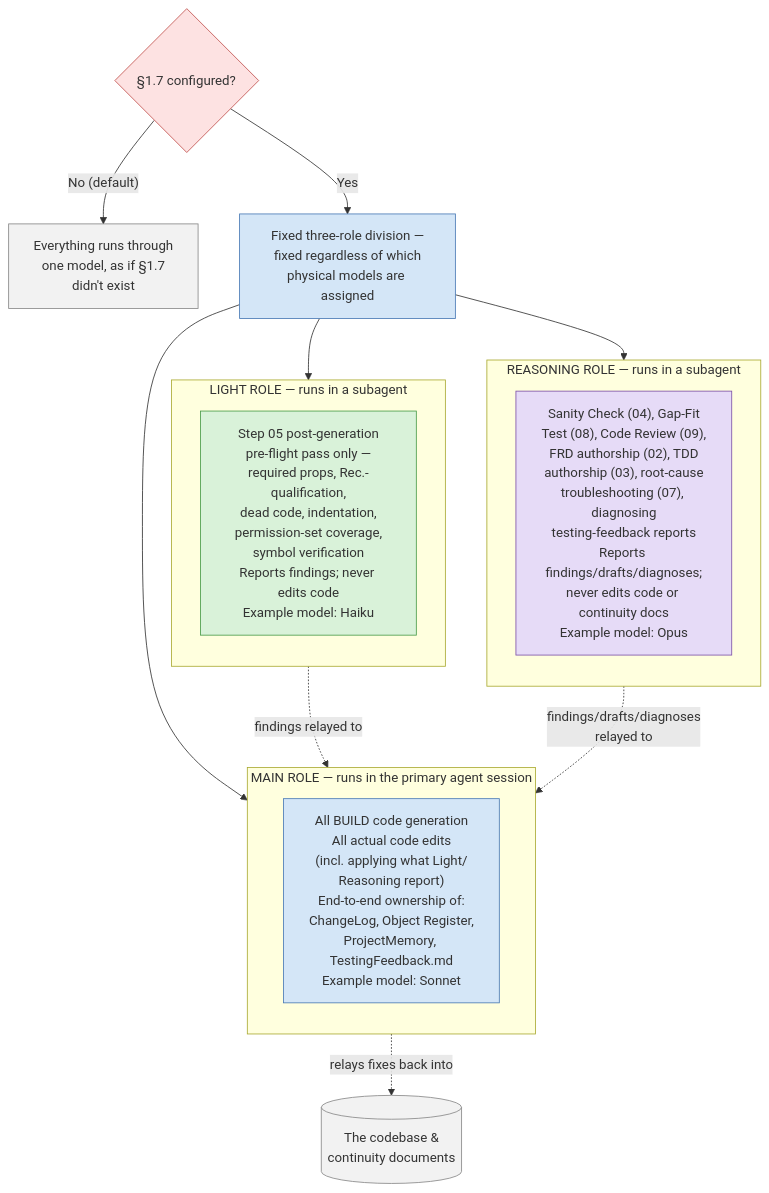
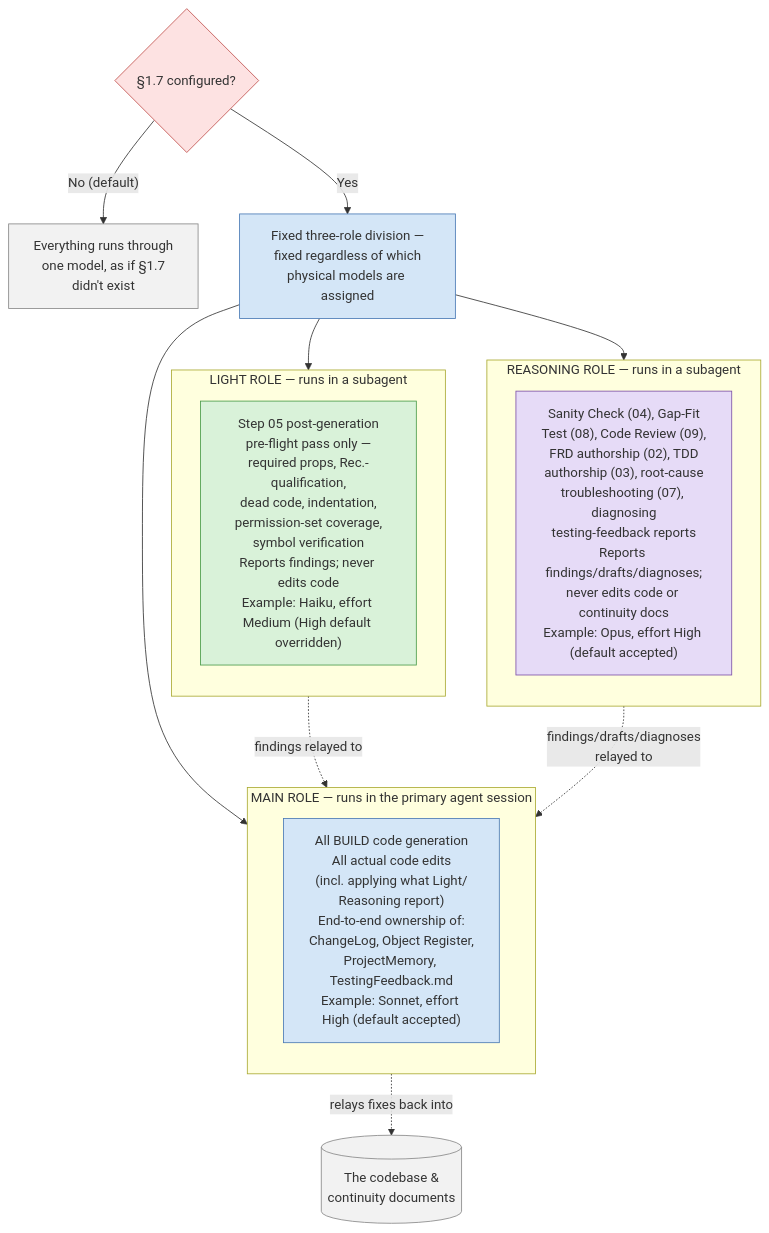
Before and after one commit to ajansari/ocpfBcAgenticDevFramework: the eighth of 8 diagrams in RunbookSchematics.md, drawn with Mermaid. The commit also changed other lines of this file and 4 other files, not shown here.

Commit message:
Update version numbers and enhance documentation for Project Parameters and thinking effort in Lite and full frameworks

````diff
--- a/RunbookSchematics.md
+++ b/RunbookSchematics.md
@@ -398,42 +405,42 @@
 ```mermaid
 flowchart TD
     Config{"§1.7 configured?"}
     Config -- "No (default)" --> OneModel["Everything runs through<br/>one model, as if §1.7<br/>didn't exist"]
     Config -- "Yes" --> ThreeRoles["Fixed three-role division —<br/>fixed regardless of which<br/>physical models are assigned"]
 
     ThreeRoles --> Main
     ThreeRoles --> Light
     ThreeRoles --> Reasoning
 
     subgraph Main["MAIN ROLE — runs in the primary agent session"]
         direction TB
-        MainWork["All BUILD code generation<br/>All actual code edits<br/>(incl. applying what Light/<br/>Reasoning report)<br/>End-to-end ownership of:<br/>ChangeLog, Object Register,<br/>ProjectMemory, TestingFeedback.md<br/>Example model: Sonnet"]
+        MainWork["All BUILD code generation<br/>All actual code edits<br/>(incl. applying what Light/<br/>Reasoning report)<br/>End-to-end ownership of:<br/>ChangeLog, Object Register,<br/>ProjectMemory, TestingFeedback.md<br/>Example: Sonnet, effort High (default accepted)"]
     end
 
     subgraph Light["LIGHT ROLE — runs in a subagent"]
         direction TB
-        LightWork["Step 05 post-generation<br/>pre-flight pass only —<br/>required props, Rec.-qualification,<br/>dead code, indentation,<br/>permission-set coverage,<br/>symbol verification<br/>Reports findings; never edits code<br/>Example model: Haiku"]
+        LightWork["Step 05 post-generation<br/>pre-flight pass only —<br/>required props, Rec.-qualification,<br/>dead code, indentation,<br/>permission-set coverage,<br/>symbol verification<br/>Reports findings; never edits code<br/>Example: Haiku, effort Medium (High default overridden)"]
     end
 
     subgraph Reasoning["REASONING ROLE — runs in a subagent"]
         direction TB
-        ReasonWork["Sanity Check (04), Gap-Fit<br/>Test (08), Code Review (09),<br/>FRD authorship (02), TDD<br/>authorship (03), root-cause<br/>troubleshooting (07), diagnosing<br/>testing-feedback reports<br/>Reports findings/drafts/diagnoses;<br/>never edits code or continuity docs<br/>Example model: Opus"]
+        ReasonWork["Sanity Check (04), Gap-Fit<br/>Test (08), Code Review (09),<br/>FRD authorship (02), TDD<br/>authorship (03), root-cause<br/>troubleshooting (07), diagnosing<br/>testing-feedback reports<br/>Reports findings/drafts/diagnoses;<br/>never edits code or continuity docs<br/>Example: Opus, effort High (default accepted)"]
     end
 
     Main -.->|"relays fixes back into"| Codebase[("The codebase &<br/>continuity documents")]
     Light -.->|"findings relayed to"| Main
     Reasoning -.->|"findings/drafts/diagnoses<br/>relayed to"| Main
 
     classDef decision fill:#fde2e2,stroke:#c0504d,stroke-width:1px;
     classDef main fill:#d4e6f7,stroke:#4a7ab5,stroke-width:1px;
     classDef light fill:#d9f2d9,stroke:#4a9b4a,stroke-width:1px;
     classDef reasoning fill:#e6dbf7,stroke:#7d52a8,stroke-width:1px;
     classDef store fill:#f2f2f2,stroke:#888,stroke-width:1px;
     class Config decision;
     class OneModel store;
     class ThreeRoles main;
     class MainWork main;
     class LightWork light;
     class ReasonWork reasoning;
     class Codebase store;
 ```
````
